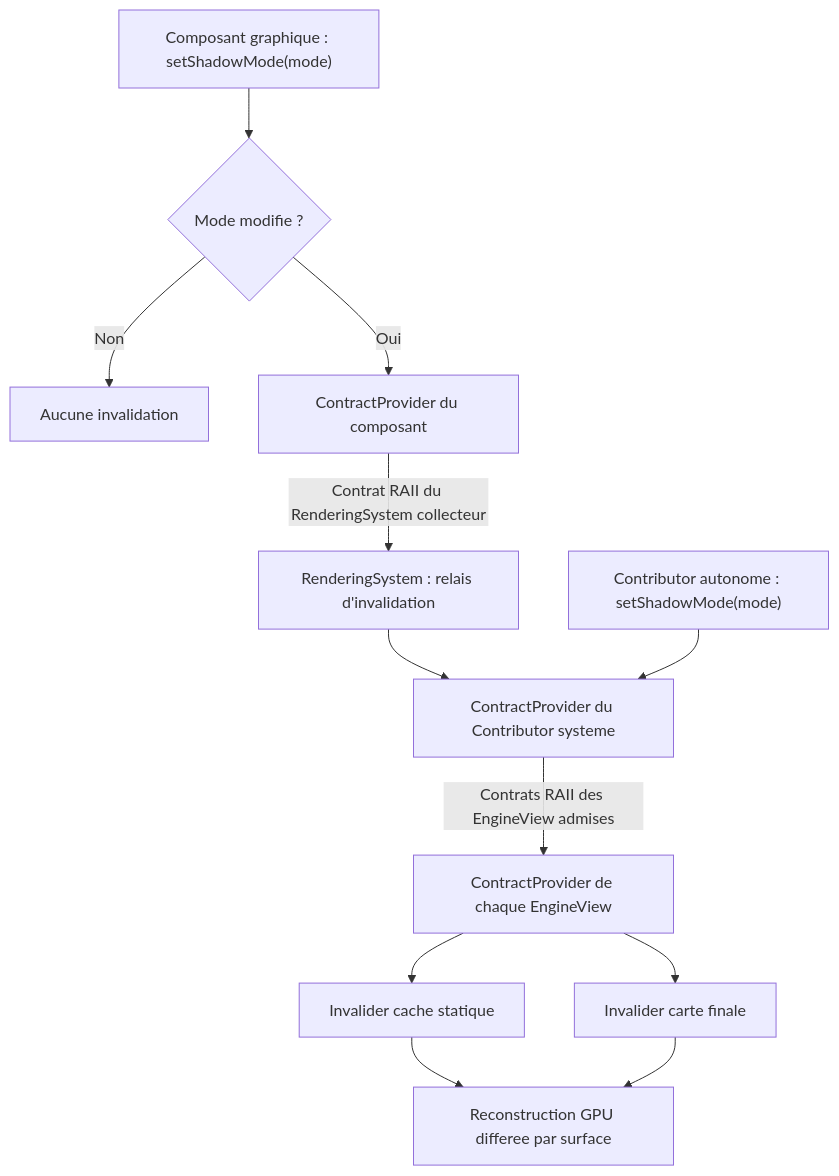
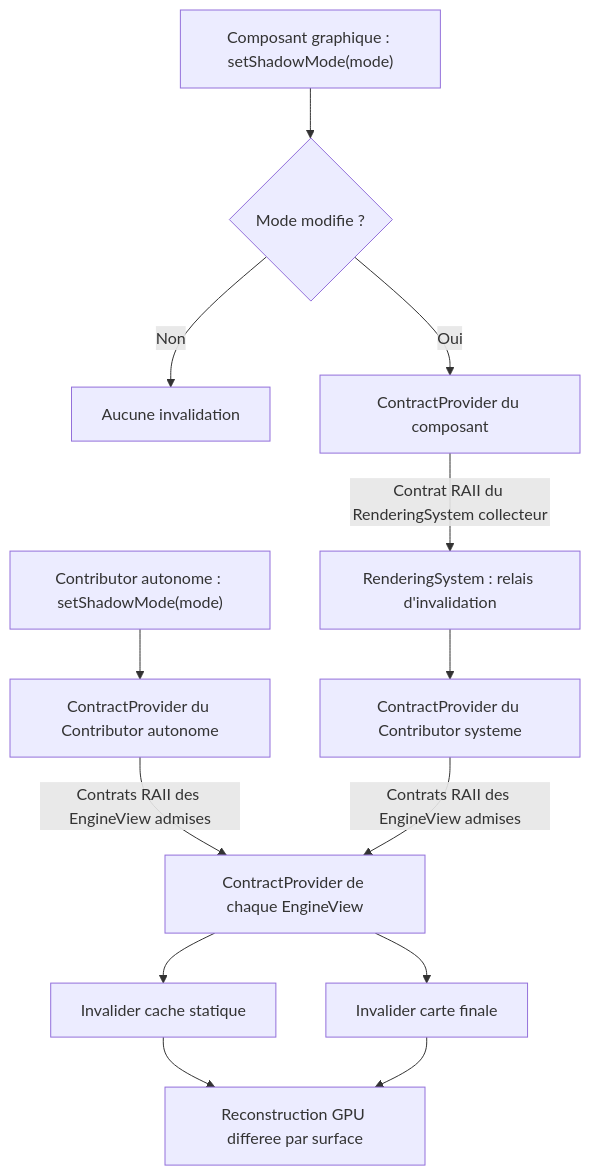
One commit to EreliaStudio/Sparkle changed diagram 11 of 13 in docs/voxel-engine-v0.1.4-specification.md. Above: the diagram before and after it, drawn with Mermaid. The commit also changed other lines of this file, not shown here.

Commit message:
docs(v0.1.4): clarify inherited component contract and direct-contributor invalidation path

````diff
--- a/docs/voxel-engine-v0.1.4-specification.md
+++ b/docs/voxel-engine-v0.1.4-specification.md
@@ -1013,14 +1013,15 @@
 ```mermaid
 flowchart TD
   Setter["Composant graphique : setShadowMode(mode)"] --> Change{"Mode modifie ?"}
   Change -->|"Non"| Stop["Aucune invalidation"]
   Change -->|"Oui"| CC["ContractProvider du composant"]
   CC -->|"Contrat RAII du RenderingSystem collecteur"| Sys["RenderingSystem : relais d'invalidation"]
   Sys --> SC["ContractProvider du Contributor systeme"]
-  Direct["Contributor autonome : setShadowMode(mode)"] --> SC
+  Direct["Contributor autonome : setShadowMode(mode)"] --> DC["ContractProvider du Contributor autonome"]
+  DC -->|"Contrats RAII des EngineView admises"| View
   SC -->|"Contrats RAII des EngineView admises"| View["ContractProvider de chaque EngineView"]
   View --> Static["Invalider cache statique"]
   View --> Final["Invalider carte finale"]
   Static --> GPU["Reconstruction GPU differee par surface"]
   Final --> GPU
 ```
````
